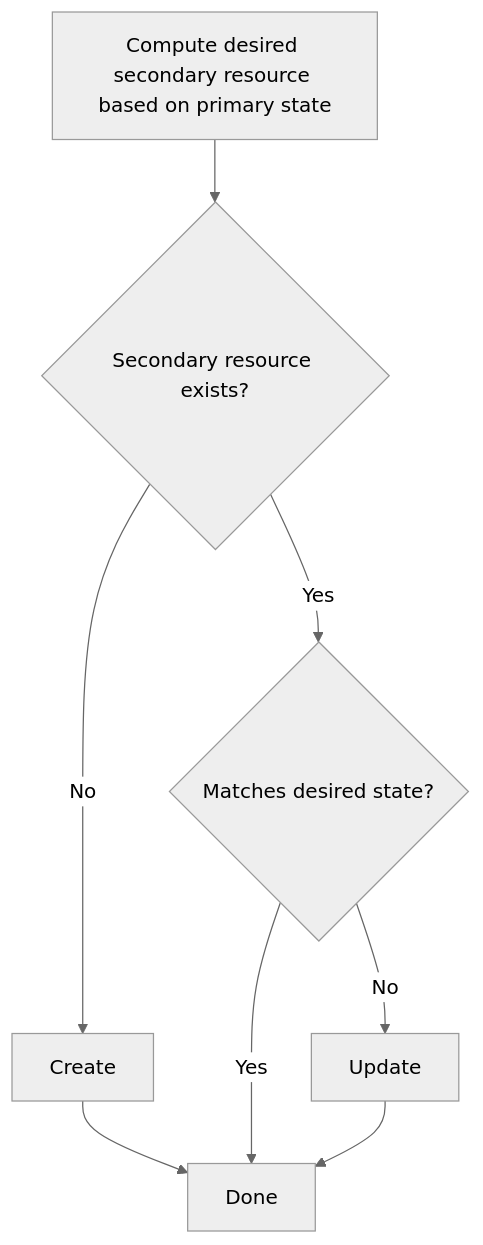
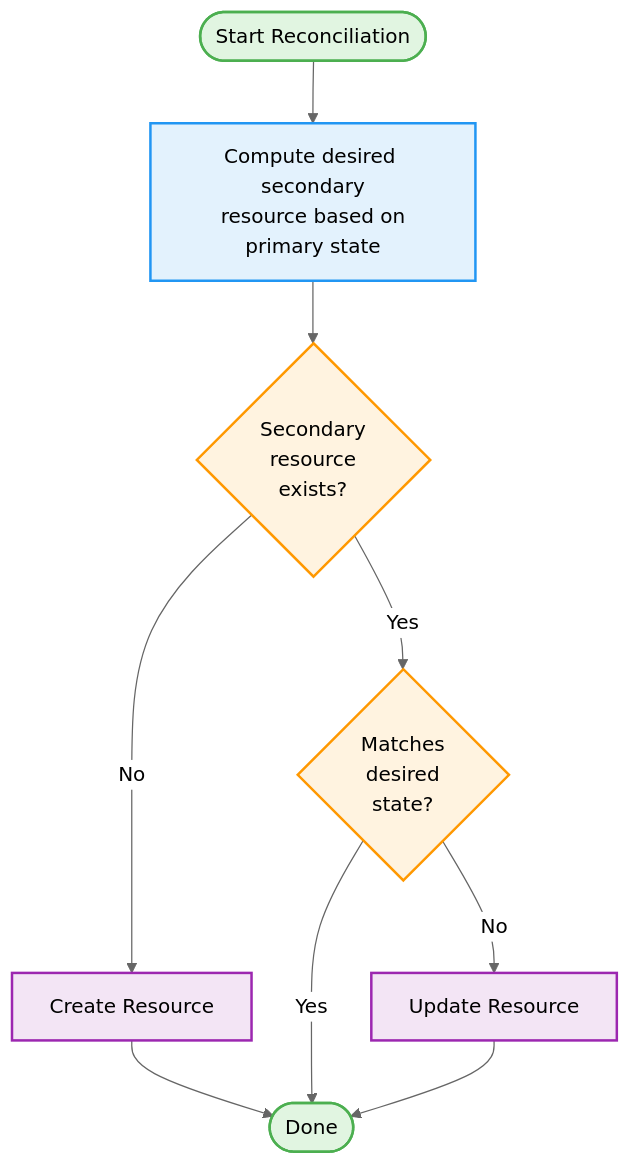
Before and after one commit to operator-framework/java-operator-sdk: the diagram in docs/content/en/docs/documentation/dependent-resource-and-workflows/dependent-resources.md, drawn with Mermaid (neutral theme).

Commit message:
docs: improve dependent resource mermaid visuals (#3153)

````diff
--- a/docs/content/en/docs/documentation/dependent-resource-and-workflows/dependent-resources.md
+++ b/docs/content/en/docs/documentation/dependent-resource-and-workflows/dependent-resources.md
@@ -17,12 +17,23 @@
 ```mermaid
 flowchart TD
+    Start([Start Reconciliation]) --> Compute
+    Compute[Compute desired secondary<br/>resource based on<br/>primary state] --> Exists
+    Exists{Secondary<br/>resource<br/>exists?}
+    Exists -->|No| Create[Create Resource]
+    Exists -->|Yes| Match
+    Match{Matches<br/>desired<br/>state?}
+    Match -->|Yes| Done
+    Match -->|No| Update[Update Resource]
+    Create --> Done([Done])
+    Update --> Done
 
-compute[Compute desired secondary resource based on primary state] --> A
-A{Secondary resource exists?}
-A -- Yes --> match
-A -- No --> Create --> Done
+    classDef startEnd fill:#e1f5e1,stroke:#4caf50,stroke-width:2px
+    classDef compute fill:#e3f2fd,stroke:#2196f3,stroke-width:2px
+    classDef decision fill:#fff3e0,stroke:#ff9800,stroke-width:2px
+    classDef action fill:#f3e5f5,stroke:#9c27b0,stroke-width:2px
 
-match{Matches desired state?}
-match -- Yes --> Done
-match -- No --> Update --> Done
+    class Start,Done startEnd
+    class Compute compute
+    class Exists,Match decision
+    class Create,Update action
 ```
````
